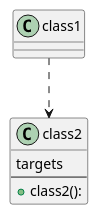
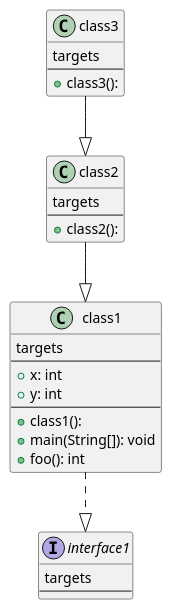
One commit to nu-cs-sw-design/project-20252601-java_linter_app changed the diagram in src/main/java/design.puml. Above: the diagram before and after it, drawn with PlantUML. The commit also changed 7 other files, not shown here.

```diff
--- a/src/main/java/design.puml
+++ b/src/main/java/design.puml
@@ -1,12 +1,36 @@
 @startuml
+
+interface interface1 {
+  targets
+  --
+}
+
+class class3 {
+  targets
+  --
+  + class3(): 
+}
+
+class class1 {
+  targets
+  --
+  + x: int
+  + y: int
+  --
+  + class1(): 
+  + main(String[]): void
+  + foo(): int
+}
+
 class class2 {
   targets
   --
   + class2(): 
 }
 
-class class1{
-}
-class1 ..> class2
+' Relationships
+class3 --|> class2
+class1 ..|> interface1
+class2 --|> class1
 
 @enduml
```
